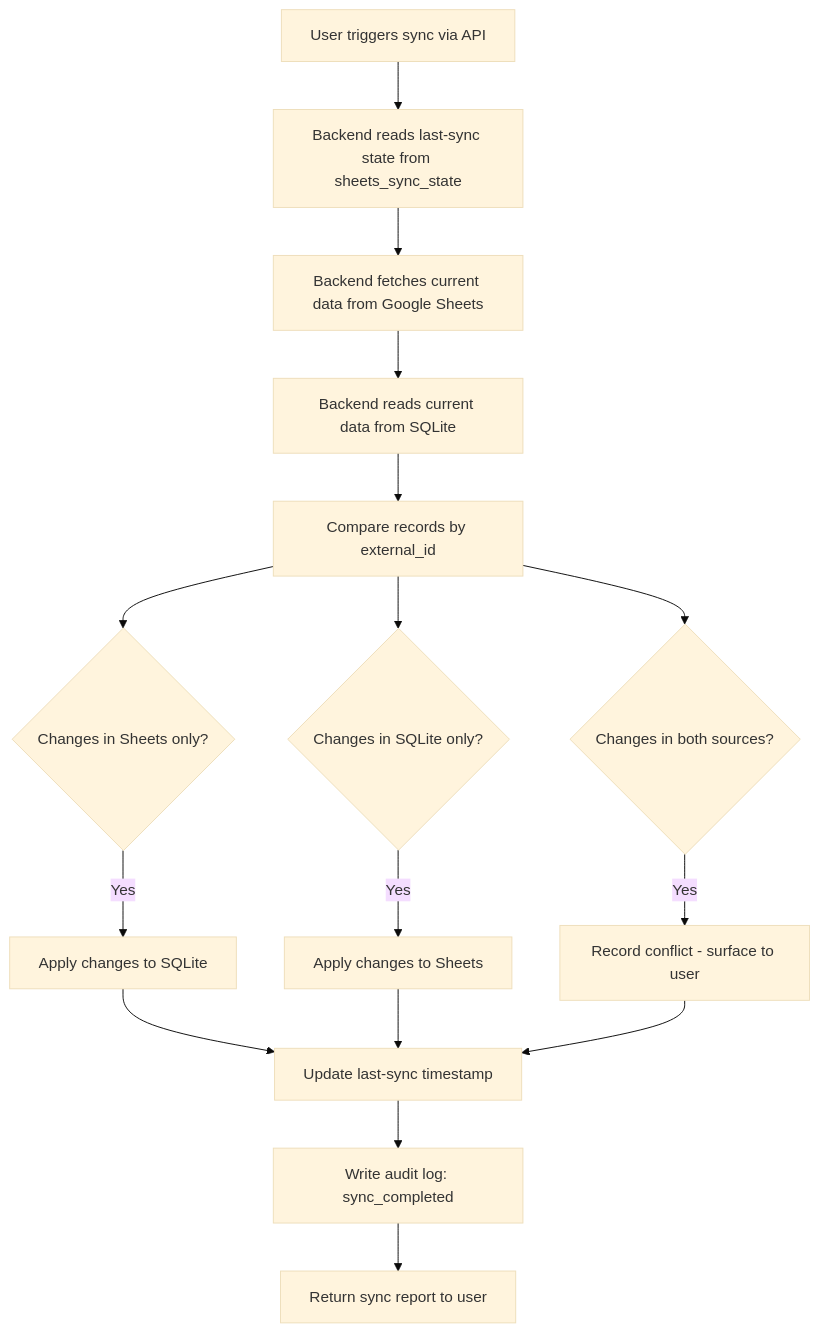
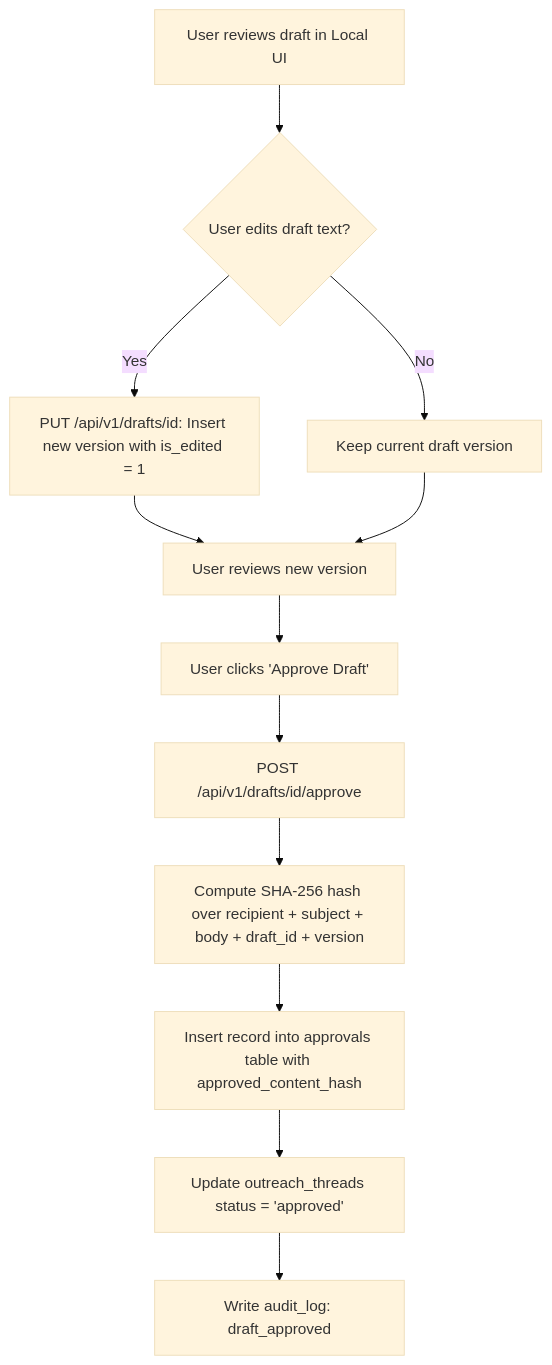
One commit to Devzane/Tandora changed the fifth of 5 diagrams in docs/WORKFLOWS.md. Above: the diagram before and after it, drawn with Mermaid (base theme). The commit also changed other lines of this file, not shown here.

Commit message:
docs(workflows): update workflows with post/overlay capture, approval hashing, and send attempts

````diff
--- a/docs/WORKFLOWS.md
+++ b/docs/WORKFLOWS.md
@@ -314,18 +203,14 @@
 ```mermaid
 flowchart TD
-    A[User triggers sync via API] --> B[Backend reads last-sync state from sheets_sync_state]
-    B --> C[Backend fetches current data from Google Sheets]
-    C --> D[Backend reads current data from SQLite]
-    D --> E[Compare records by external_id]
-    E --> F{Changes in Sheets only?}
-    F -->|Yes| G[Apply changes to SQLite]
-    E --> H{Changes in SQLite only?}
-    H -->|Yes| I[Apply changes to Sheets]
-    E --> J{Changes in both sources?}
-    J -->|Yes| K[Record conflict - surface to user]
-    G --> L[Update last-sync timestamp]
-    I --> L
-    K --> L
-    L --> M[Write audit log: sync_completed]
-    M --> N[Return sync report to user]
+    A[User reviews draft in Local UI] --> B{User edits draft text?}
+    B -->|Yes| C[PUT /api/v1/drafts/id: Insert new version with is_edited = 1]
+    B -->|No| D[Keep current draft version]
+    C --> E[User reviews new version]
+    D --> E
+    E --> F[User clicks 'Approve Draft']
+    F --> G[POST /api/v1/drafts/id/approve]
+    G --> H[Compute SHA-256 hash over recipient + subject + body + draft_id + version]
+    H --> I[Insert record into approvals table with approved_content_hash]
+    I --> J[Update outreach_threads status = 'approved']
+    J --> K[Write audit_log: draft_approved]
 ```
````
